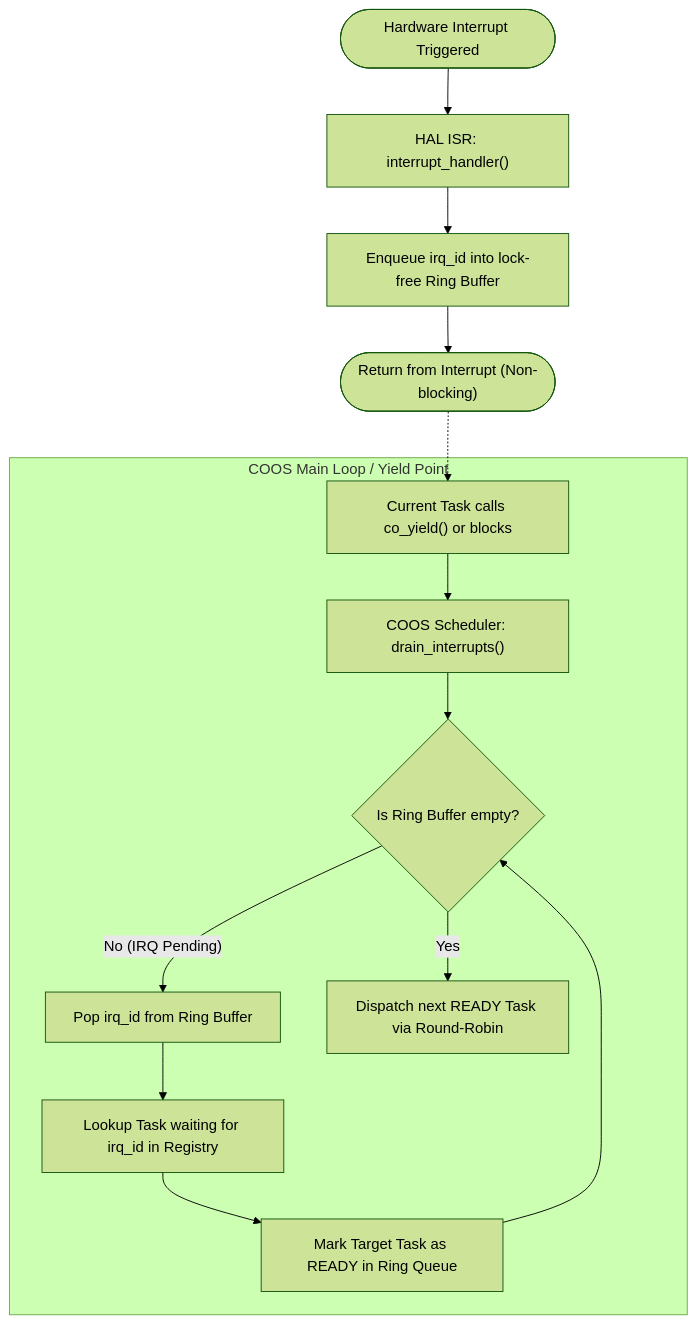
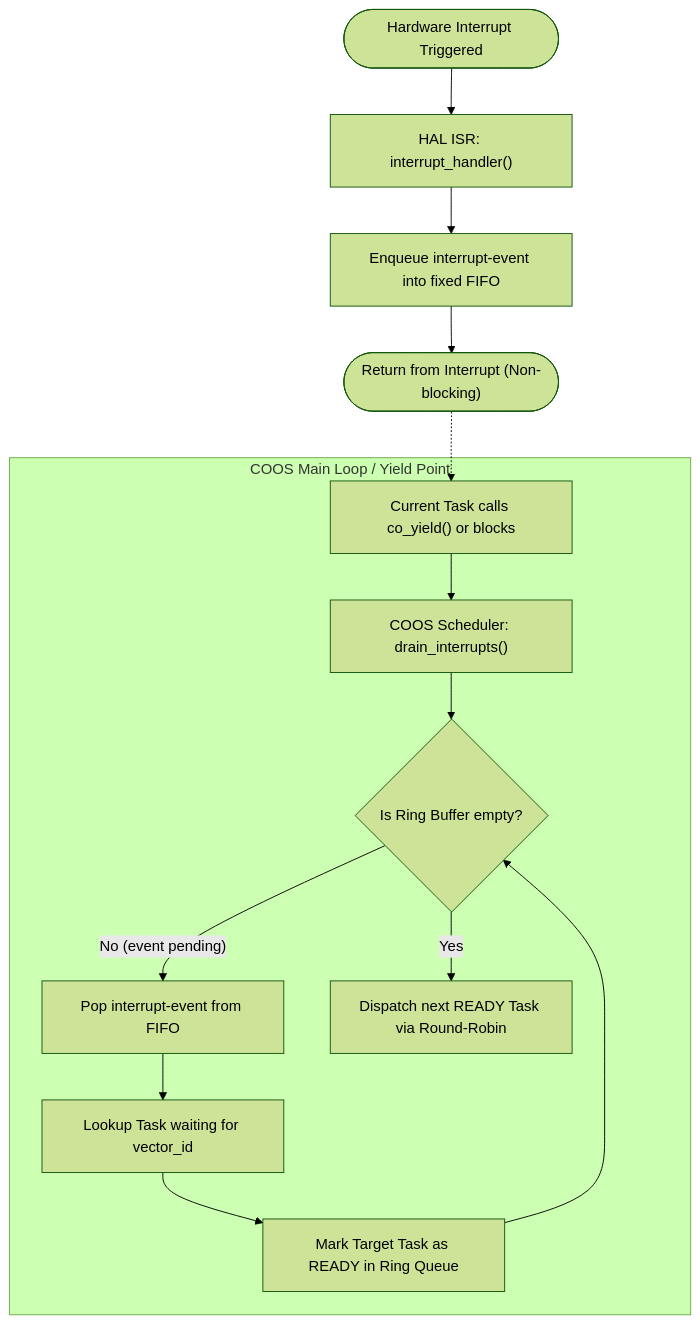
One commit to kmt-t/fireball changed the third of 5 diagrams in docs/components/tier1_core/os_coos.md. Above: the diagram before and after it, drawn with Mermaid (forest theme). The commit also changed other lines of this file and 37 other files, not shown here.

````diff
--- a/docs/components/tier1_core/os_coos.md
+++ b/docs/components/tier1_core/os_coos.md
@@ -128,17 +128,17 @@
 ```mermaid
 flowchart TD
     Start(["Hardware Interrupt Triggered"]) --> ISR["HAL ISR: interrupt_handler()"]
-    ISR --> Post["Enqueue irq_id into lock-free Ring Buffer"]
+    ISR --> Post["Enqueue interrupt-event into fixed FIFO"]
     Post --> RetISR(["Return from Interrupt (Non-blocking)"])
 
     subgraph COOS Main Loop / Yield Point
         YieldPoint["Current Task calls co_yield() or blocks"] --> Drain["COOS Scheduler: drain_interrupts()"]
         Drain --> CheckRing{"Is Ring Buffer empty?"}
-        CheckRing -- "No (IRQ Pending)" --> Pop["Pop irq_id from Ring Buffer"]
-        Pop --> Lookup["Lookup Task waiting for irq_id in Registry"]
+        CheckRing -- "No (event pending)" --> Pop["Pop interrupt-event from FIFO"]
+        Pop --> Lookup["Lookup Task waiting for vector_id"]
         Lookup --> Wake["Mark Target Task as READY in Ring Queue"]
         Wake --> CheckRing
         CheckRing -- "Yes" --> SchedNext["Dispatch next READY Task via Round-Robin"]
     end
     RetISR -.-> YieldPoint
 ```
````
